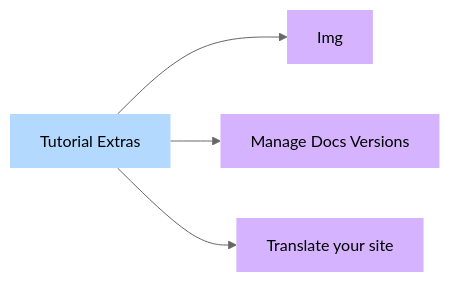
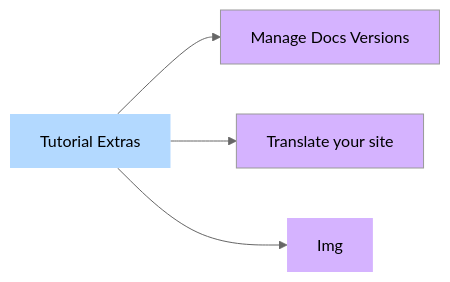
Before and after one commit to alexarguello/flatmap-docs-kit: the diagram in docusaurus-resource/docs/tutorial-extras/index.md, drawn with Mermaid (neutral theme). The commit also changed other lines of this file and 88 other files, not shown here.

````diff
--- a/docusaurus-resource/docs/tutorial-extras/index.md
+++ b/docusaurus-resource/docs/tutorial-extras/index.md
@@ -10,24 +9,24 @@
 ```mermaid
 graph LR
 tutorial_extras["Tutorial Extras"]
-tutorial_extras_img["Img"]
-tutorial_extras --> tutorial_extras_img
 tutorial_extras_manage_docs_versions_md["Manage Docs Versions"]
 tutorial_extras --> tutorial_extras_manage_docs_versions_md
 tutorial_extras_translate_your_site_md["Translate your site"]
 tutorial_extras --> tutorial_extras_translate_your_site_md
+tutorial_extras_img["Img"]
+tutorial_extras --> tutorial_extras_img
 click tutorial_extras "/docs/tutorial-extras"
-click tutorial_extras_img "/docs/tutorial-extras/img"
 click tutorial_extras_manage_docs_versions_md "/docs/tutorial-extras/manage-docs-versions"
 click tutorial_extras_translate_your_site_md "/docs/tutorial-extras/translate-your-site"
+click tutorial_extras_img "/docs/tutorial-extras/img"
 classDef col0 fill:#b3d9ff,stroke:none;
 classDef col1 fill:#d5b3ff,stroke:none;
 classDef col2 fill:#ffcccc,stroke:none;
-classDef col3 fill:#ffd699,stroke:none;
-classDef col4 fill:#d0f0c0,stroke:none;
 class tutorial_extras_img col1;
-class tutorial_extras_manage_docs_versions_md col1;
-class tutorial_extras_translate_your_site_md col1;
 class tutorial_extras col0;
+classDef custom0 fill:#d5b3ff;
+class tutorial_extras_manage_docs_versions_md custom0;
+classDef custom1 fill:#d5b3ff;
+class tutorial_extras_translate_your_site_md custom1;
 linkStyle default interpolate basis
 ```
````
